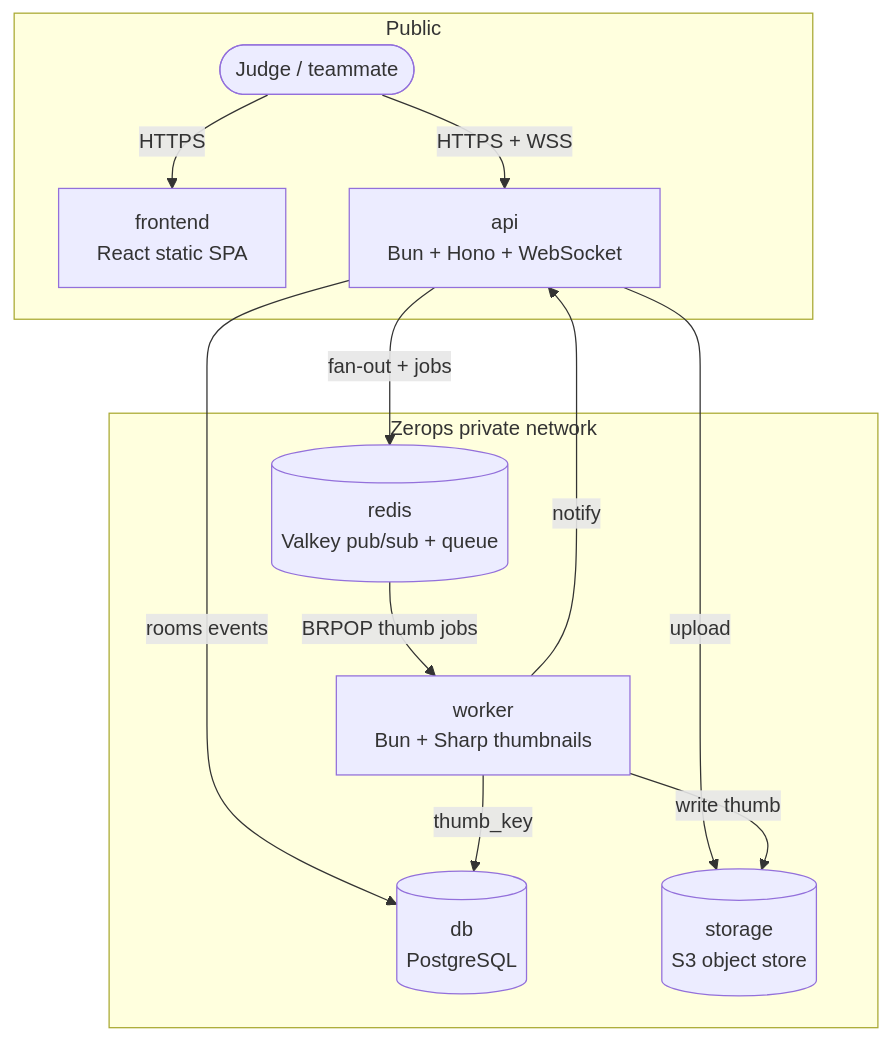
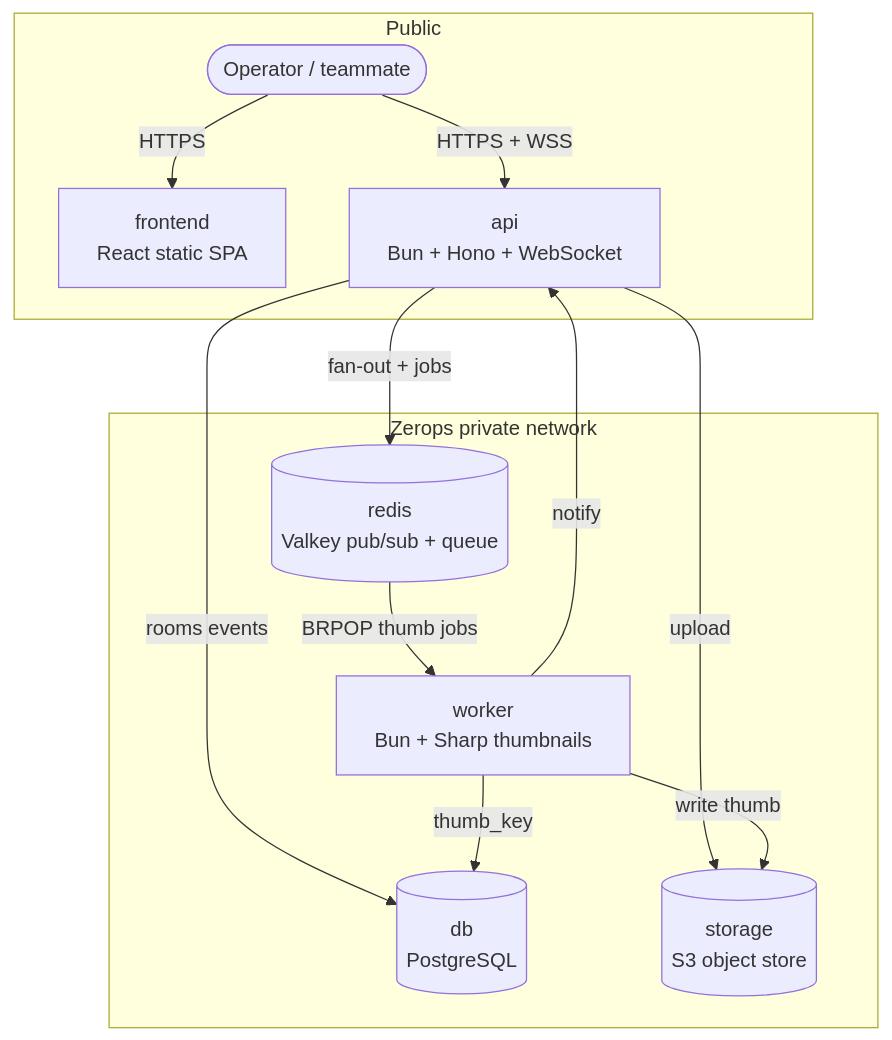
One commit to mdshzb04/flare changed the diagram in README.md. Above: the diagram before and after it, drawn with Mermaid. The commit also changed other lines of this file and 48 other files, not shown here.

````diff
--- a/README.md
+++ b/README.md
@@ -23,25 +24,25 @@
 ```mermaid
 flowchart TB
   subgraph publicEdge [Public]
-    User([Judge / teammate])
+    User([Operator / teammate])
     FE[frontend<br/>React static SPA]
     API[api<br/>Bun + Hono + WebSocket]
   end
 
   subgraph privateNet [Zerops private network]
     DB[(db<br/>PostgreSQL)]
     VK[(redis<br/>Valkey pub/sub + queue)]
     S3[(storage<br/>S3 object store)]
     WRK[worker<br/>Bun + Sharp thumbnails]
   end
 
   User -->|HTTPS| FE
   User -->|HTTPS + WSS| API
   API -->|rooms events| DB
   API -->|fan-out + jobs| VK
   API -->|upload| S3
   VK -->|BRPOP thumb jobs| WRK
   WRK -->|write thumb| S3
   WRK -->|thumb_key| DB
   WRK -->|notify| API
 ```
````
